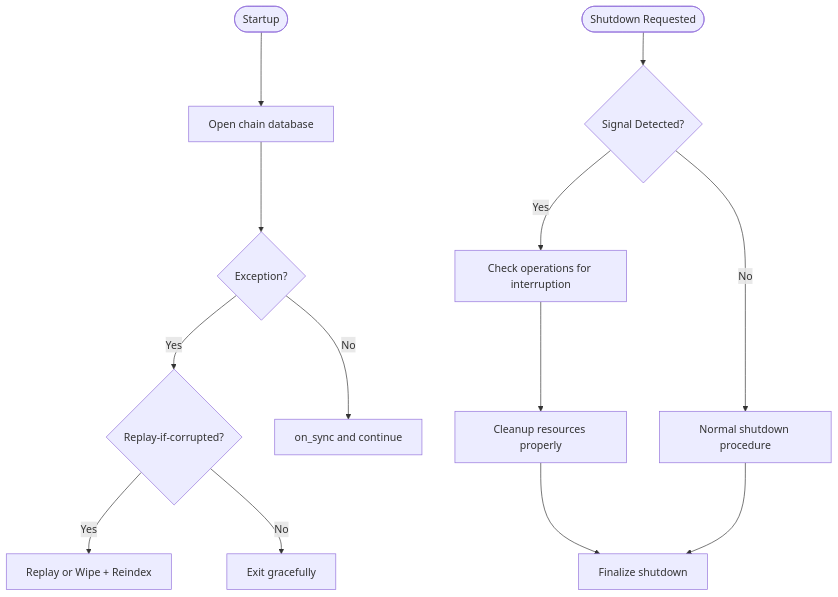
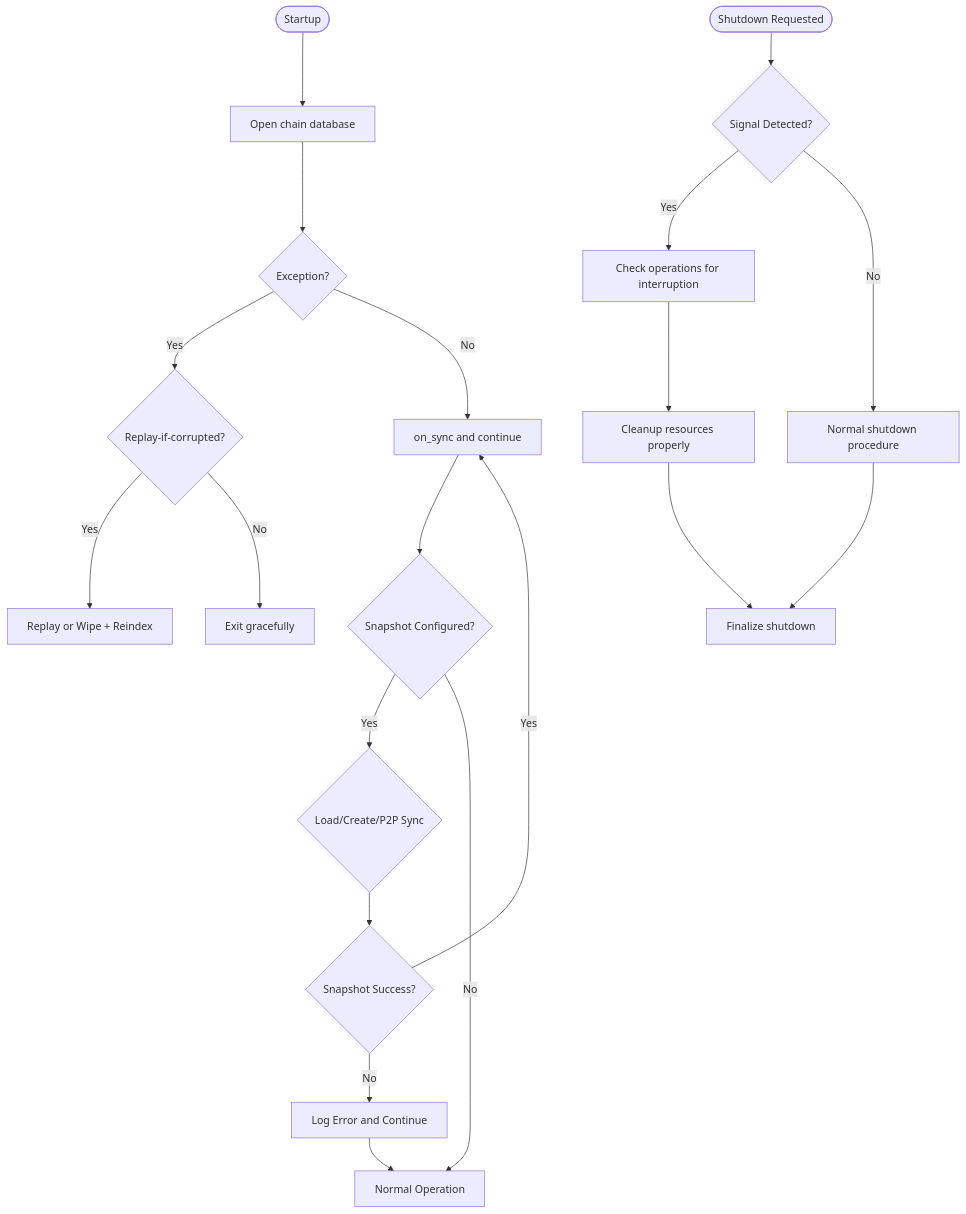
Diagram 14 of 14 in .qoder/repowiki/en/content/Architecture Overview/Plugin Architecture/Plugin Architecture.md (VIZ-Blockchain/viz-cpp-node), drawn with Mermaid before and after one commit. The commit also changed other lines of this file and 9 other files, not shown here.

````diff
--- a/.qoder/repowiki/en/content/Architecture Overview/Plugin Architecture/Plugin Architecture.md
+++ b/.qoder/repowiki/en/content/Architecture Overview/Plugin Architecture/Plugin Architecture.md
@@ -440,15 +696,22 @@
 ```mermaid
 flowchart TD
 Start(["Startup"]) --> OpenDB["Open chain database"]
 OpenDB --> DBErr{"Exception?"}
 DBErr --> |Yes| ReplayOpt{"Replay-if-corrupted?"}
 ReplayOpt --> |Yes| Replay["Replay or Wipe + Reindex"]
 ReplayOpt --> |No| Quit["Exit gracefully"]
 DBErr --> |No| Ready["on_sync and continue"]
+Ready --> SnapshotCheck{"Snapshot Configured?"}
+SnapshotCheck --> |Yes| SnapshotOp{"Load/Create/P2P Sync"}
+SnapshotCheck --> |No| Normal["Normal Operation"]
+SnapshotOp --> SnapshotOK{"Snapshot Success?"}
+SnapshotOK --> |Yes| Ready
+SnapshotOK --> |No| Error["Log Error and Continue"]
+Error --> Normal
 Shutdown(["Shutdown Requested"]) --> SignalCheck{"Signal Detected?"}
 SignalCheck --> |Yes| InterruptOps["Check operations for interruption"]
 InterruptOps --> Cleanup["Cleanup resources properly"]
 SignalCheck --> |No| NormalShutdown["Normal shutdown procedure"]
 Cleanup --> Finalize["Finalize shutdown"]
 NormalShutdown --> Finalize
 ```
````
